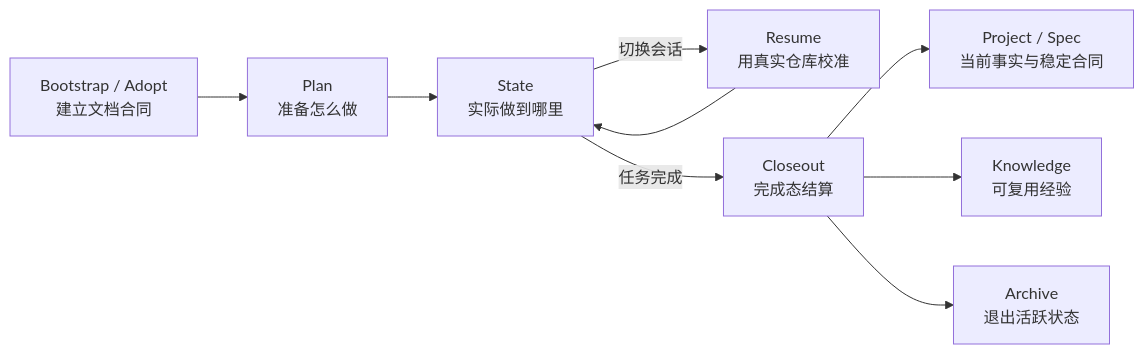
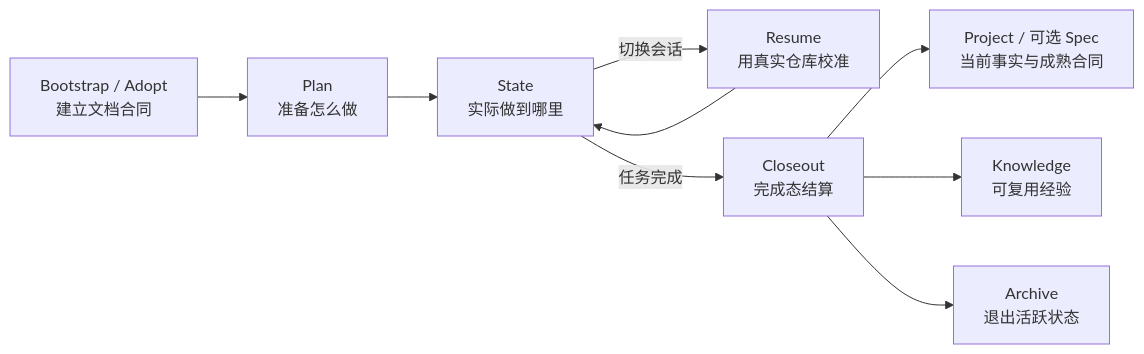
One commit to Zhanghuaimin-233/project-memory changed the diagram in README.md. Above: the diagram before and after it, drawn with Mermaid. The commit also changed other lines of this file and 7 other files, not shown here.

````diff
--- a/README.md
+++ b/README.md
@@ -62,11 +62,11 @@
 ```mermaid
 flowchart LR
     A["Bootstrap / Adopt<br/>建立文档合同"] --> B["Plan<br/>准备怎么做"]
     B --> C["State<br/>实际做到哪里"]
     C -->|切换会话| D["Resume<br/>用真实仓库校准"]
     D --> C
     C -->|任务完成| E["Closeout<br/>完成态结算"]
-    E --> F["Project / Spec<br/>当前事实与稳定合同"]
+    E --> F["Project / 可选 Spec<br/>当前事实与成熟合同"]
     E --> G["Knowledge<br/>可复用经验"]
     E --> H["Archive<br/>退出活跃状态"]
 ```
````
